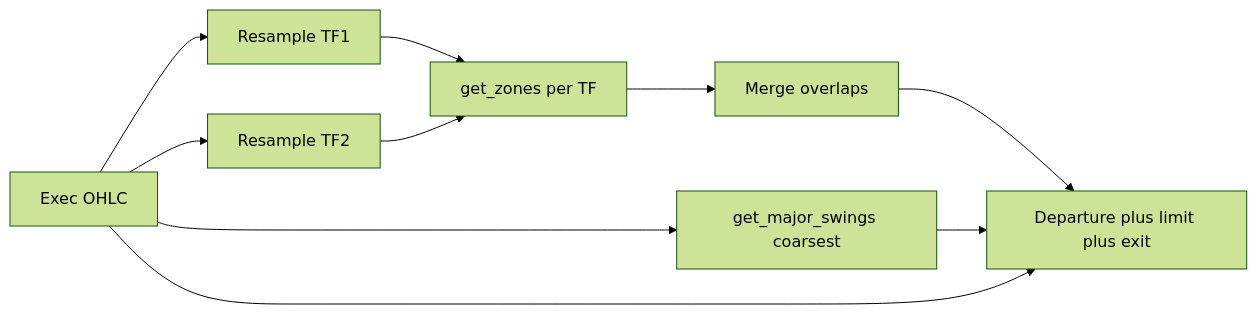
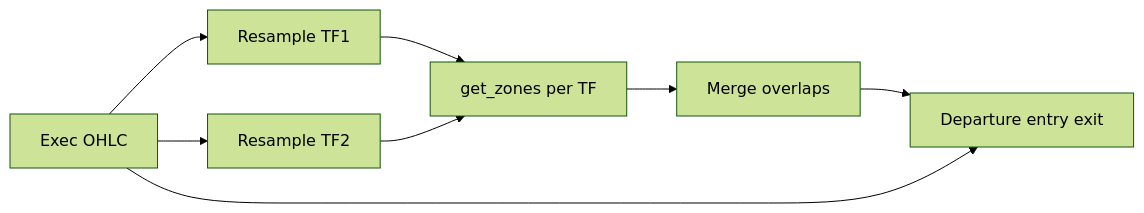
Before and after one commit to adamnecesany26-dotcom/BacktestingLab: the diagram in SD_de.md, drawn with Mermaid (forest theme). The commit also changed other lines of this file and 163 other files, not shown here.

````diff
--- a/SD_de.md
+++ b/SD_de.md
@@ -24,15 +23,13 @@
 ```mermaid
 flowchart LR
   exec[Exec OHLC]
   r1[Resample TF1]
   r2[Resample TF2]
   gz[get_zones per TF]
   merge[Merge overlaps]
-  sm[get_major_swings coarsest]
-  trade[Departure plus limit plus exit]
+  trade[Departure entry exit]
   exec --> r1 --> gz
   exec --> r2 --> gz
   gz --> merge --> trade
-  exec --> sm --> trade
   exec --> trade
 ```
````
